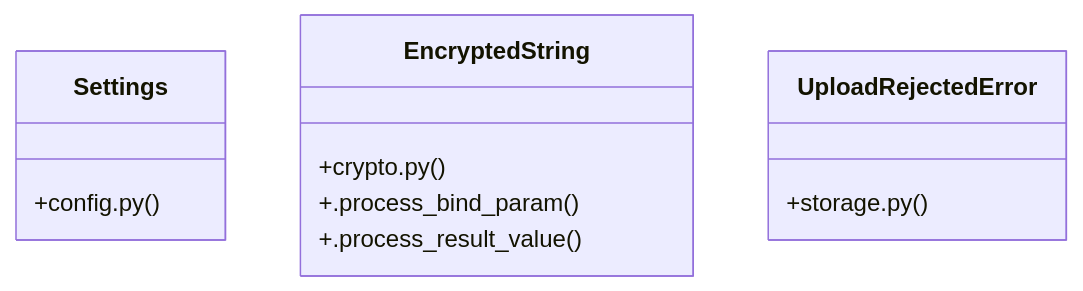
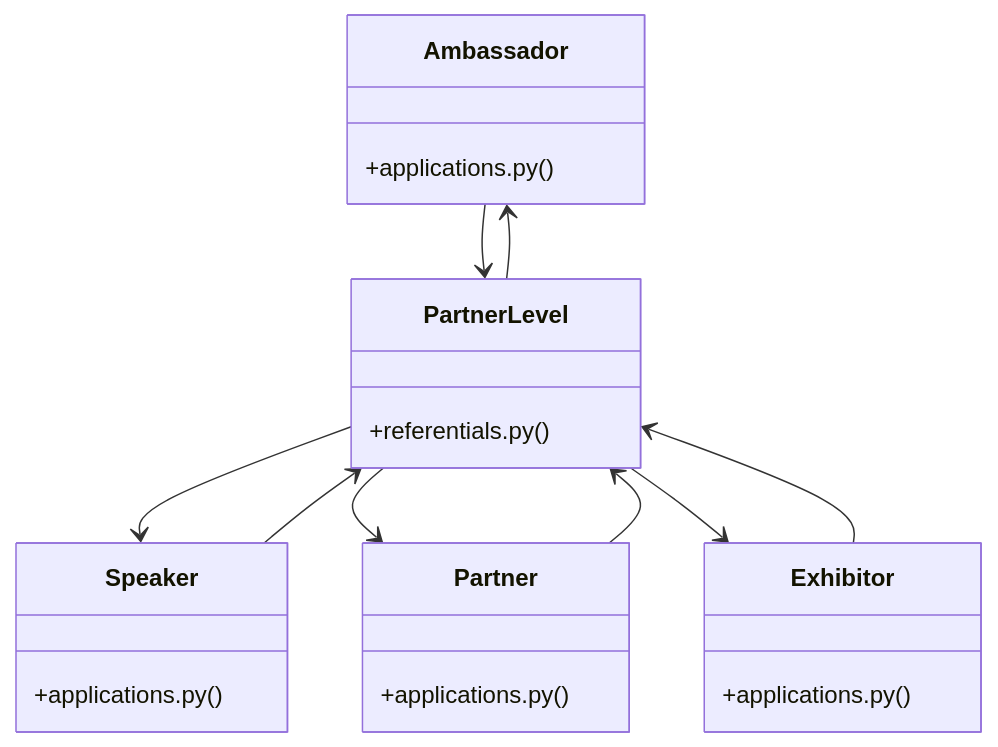
One commit to adjanayo/synca_conf_back changed the diagram in graphify-out/wiki/[authenticate_admin()_&_make_admin()]_Cluster.md. Above: the diagram before and after it, drawn with Mermaid. The commit also changed other lines of this file and 62 other files, not shown here.

Commit message:
docs: journal — GET /api/partner-levels + mise à jour graphe de code

````diff
--- a/graphify-out/wiki/[authenticate_admin()_&_make_admin()]_Cluster.md
+++ b/graphify-out/wiki/[authenticate_admin()_&_make_admin()]_Cluster.md
@@ -36,14 +36,26 @@
 ```mermaid
 classDiagram
-    class Settings {
-        +config.py()
+    class Ambassador {
+        +applications.py()
     }
-    class EncryptedString {
-        +crypto.py()
-        +.process_bind_param()
-        +.process_result_value()
+    class Exhibitor {
+        +applications.py()
     }
-    class UploadRejectedError {
-        +storage.py()
+    class Partner {
+        +applications.py()
     }
+    class Speaker {
+        +applications.py()
+    }
+    class PartnerLevel {
+        +referentials.py()
+    }
+    Ambassador --> PartnerLevel
+    Exhibitor --> PartnerLevel
+    Partner --> PartnerLevel
+    Speaker --> PartnerLevel
+    PartnerLevel --> Speaker
+    PartnerLevel --> Ambassador
+    PartnerLevel --> Partner
+    PartnerLevel --> Exhibitor
 ```
````
